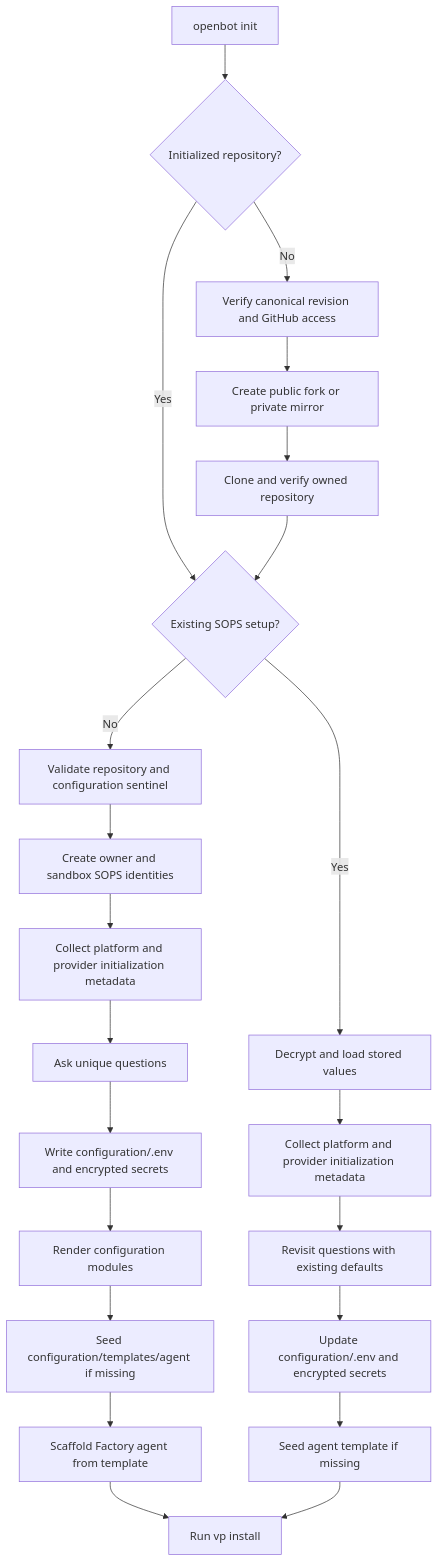
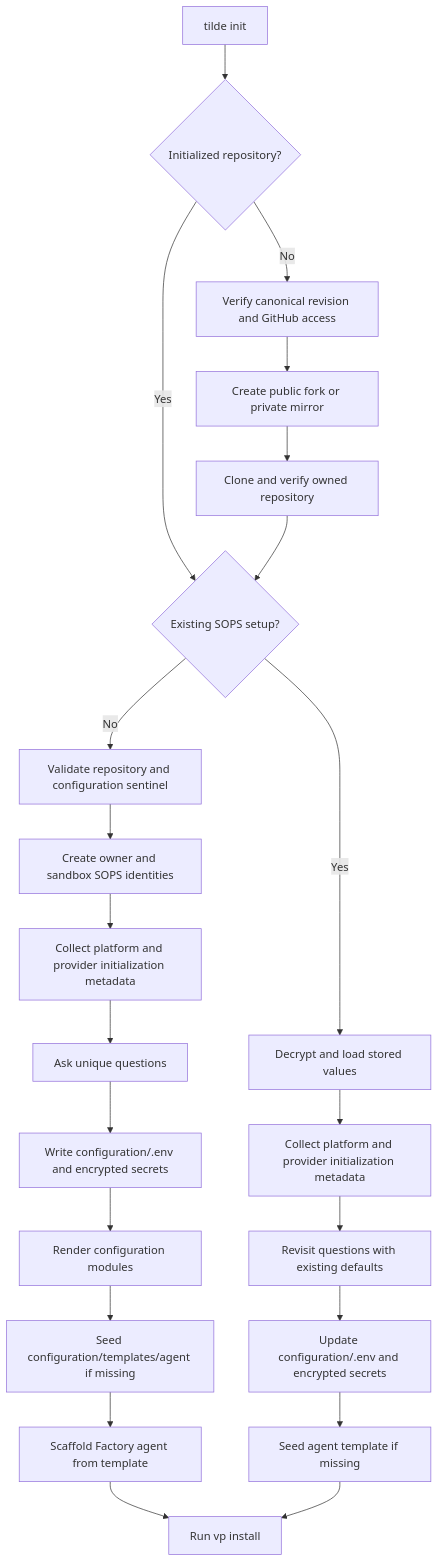
One commit to trytilde/dispatch changed the first of 4 diagrams in docs/lifecycle.md. Above: the diagram before and after it, drawn with Mermaid. The commit also changed other lines of this file and 668 other files, not shown here.

````diff
--- a/docs/lifecycle.md
+++ b/docs/lifecycle.md
@@ -9,24 +9,24 @@
 ```mermaid
 flowchart TD
-  A["openbot init"] --> B{"Initialized repository?"}
+  A["tilde init"] --> B{"Initialized repository?"}
   B -- "No" --> C["Verify canonical revision and GitHub access"]
   C --> D["Create public fork or private mirror"]
   D --> E["Clone and verify owned repository"]
   B -- "Yes" --> F{"Existing SOPS setup?"}
   E --> F
   F -- "No" --> G["Validate repository and configuration sentinel"]
   G --> H["Create owner and sandbox SOPS identities"]
   H --> I["Collect platform and provider initialization metadata"]
   I --> J["Ask unique questions"]
   J --> K["Write configuration/.env and encrypted secrets"]
   K --> L["Render configuration modules"]
   L --> M["Seed configuration/templates/agent if missing"]
   M --> N["Scaffold Factory agent from template"]
   N --> Z["Run vp install"]
   F -- "Yes" --> P["Decrypt and load stored values"]
   P --> Q["Collect platform and provider initialization metadata"]
   Q --> R["Revisit questions with existing defaults"]
   R --> S["Update configuration/.env and encrypted secrets"]
   S --> T["Seed agent template if missing"]
   T --> Z
 ```
````
